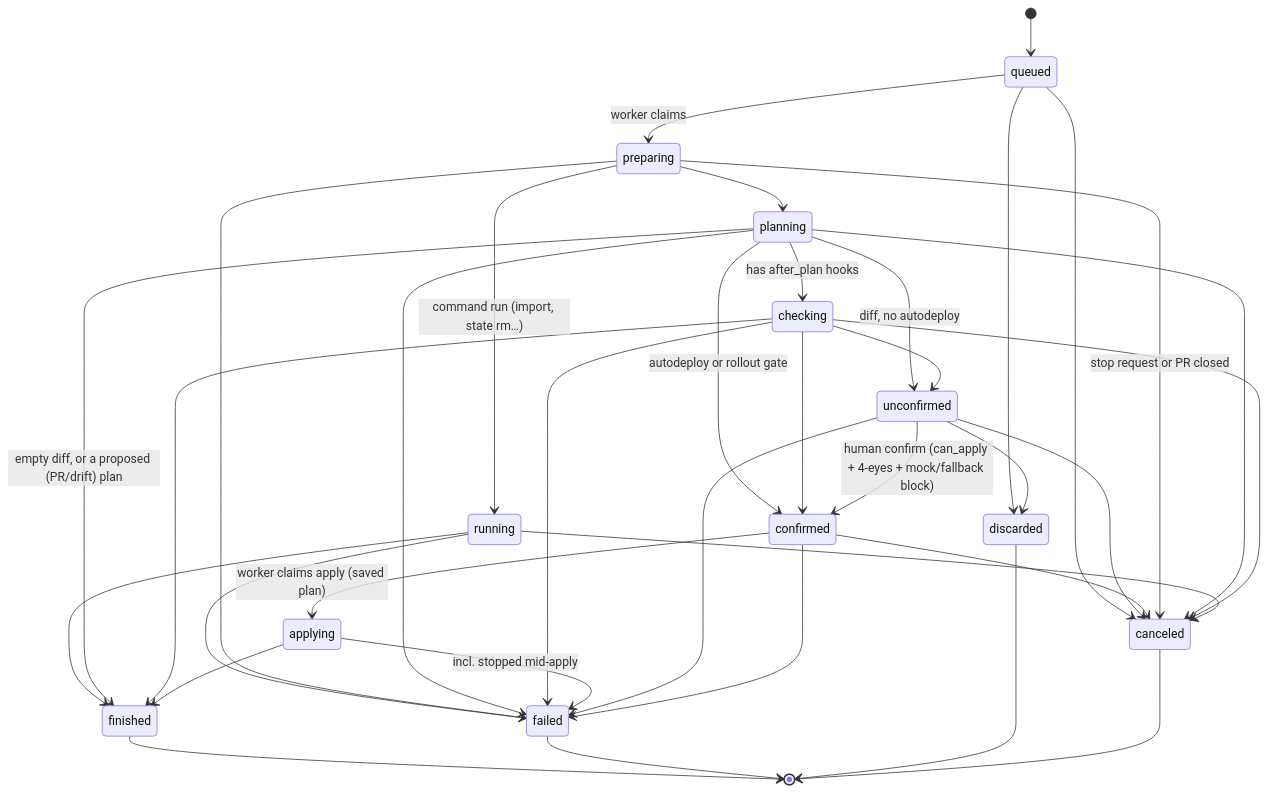
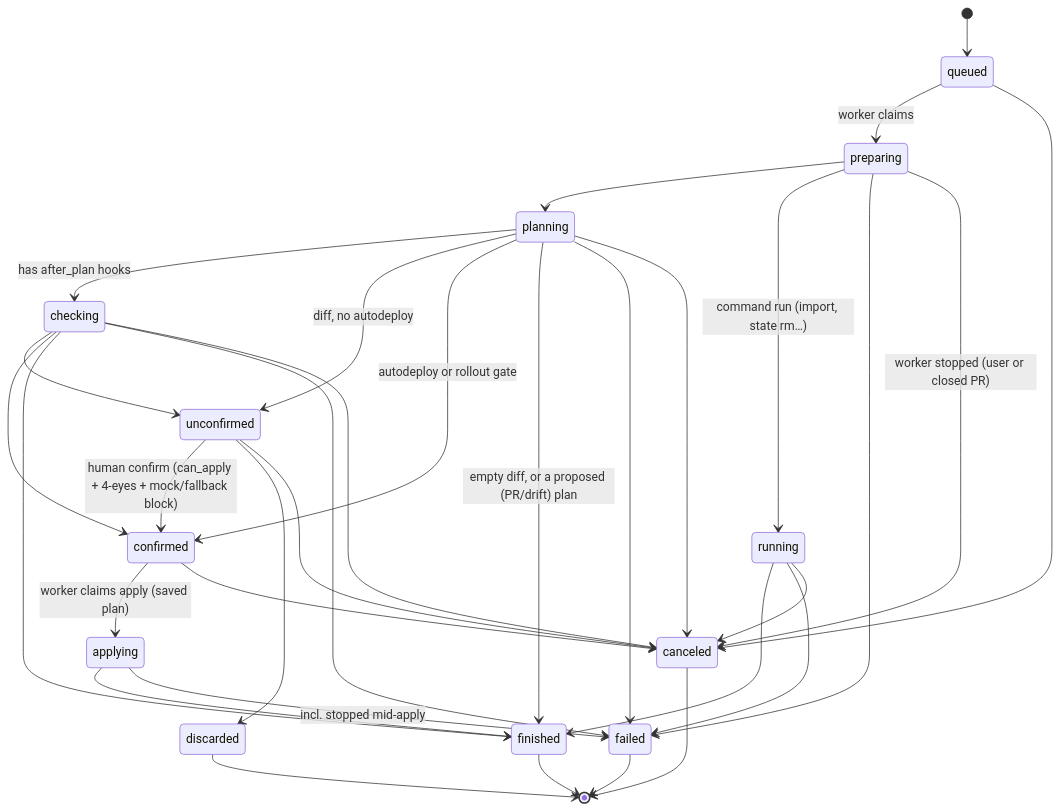
One commit to fmiquel90/stackd changed the second of 6 diagrams in docs/ARCHITECTURE.md. Above: the diagram before and after it, drawn with Mermaid. The commit also changed other lines of this file and 18 other files, not shown here.

````diff
--- a/docs/ARCHITECTURE.md
+++ b/docs/ARCHITECTURE.md
@@ -56,38 +56,35 @@
 ```mermaid
 stateDiagram-v2
     [*] --> queued
     queued --> preparing: worker claims
     queued --> canceled
-    queued --> discarded
     preparing --> planning
     preparing --> running: command run (import, state rm…)
     running --> finished
     running --> failed
     preparing --> failed
     planning --> checking: has after_plan hooks
     planning --> unconfirmed: diff, no autodeploy
     planning --> confirmed: autodeploy or rollout gate
     planning --> finished: empty diff, or a proposed (PR/drift) plan
     checking --> unconfirmed
     checking --> confirmed
     checking --> finished
     unconfirmed --> confirmed: human confirm (can_apply + 4-eyes + mock/fallback block)
     unconfirmed --> discarded
     unconfirmed --> canceled
     confirmed --> applying: worker claims apply (saved plan)
     confirmed --> canceled
     applying --> finished
     planning --> failed
     checking --> failed
     applying --> failed: incl. stopped mid-apply
-    unconfirmed --> failed
-    confirmed --> failed
-    preparing --> canceled: stop request or PR closed
+    preparing --> canceled: worker stopped (user or closed PR)
     planning --> canceled
     checking --> canceled
     running --> canceled
     finished --> [*]
     failed --> [*]
     discarded --> [*]
     canceled --> [*]
 ```
````
